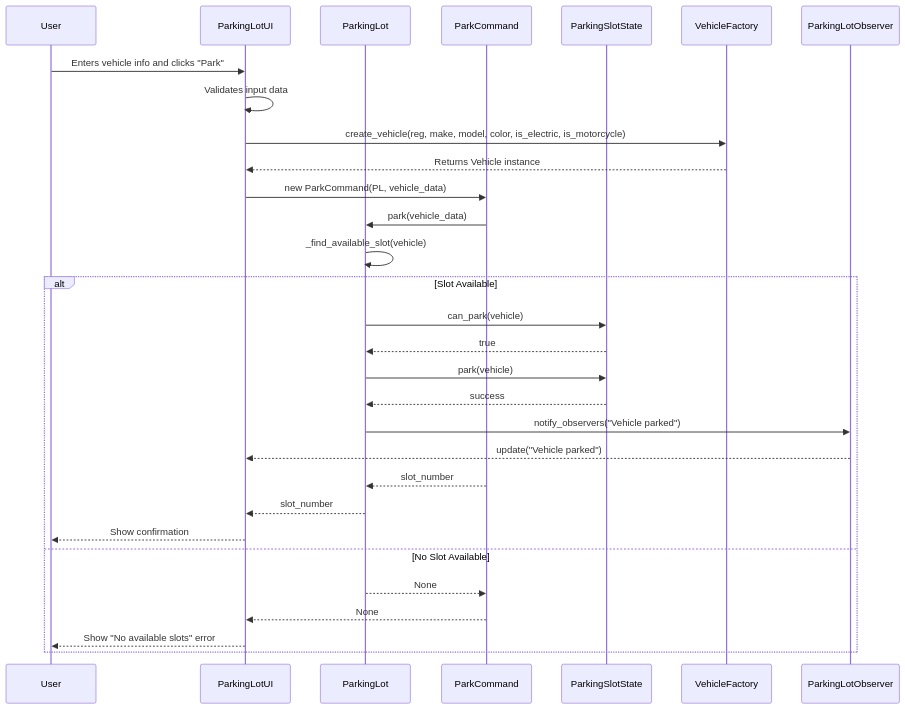
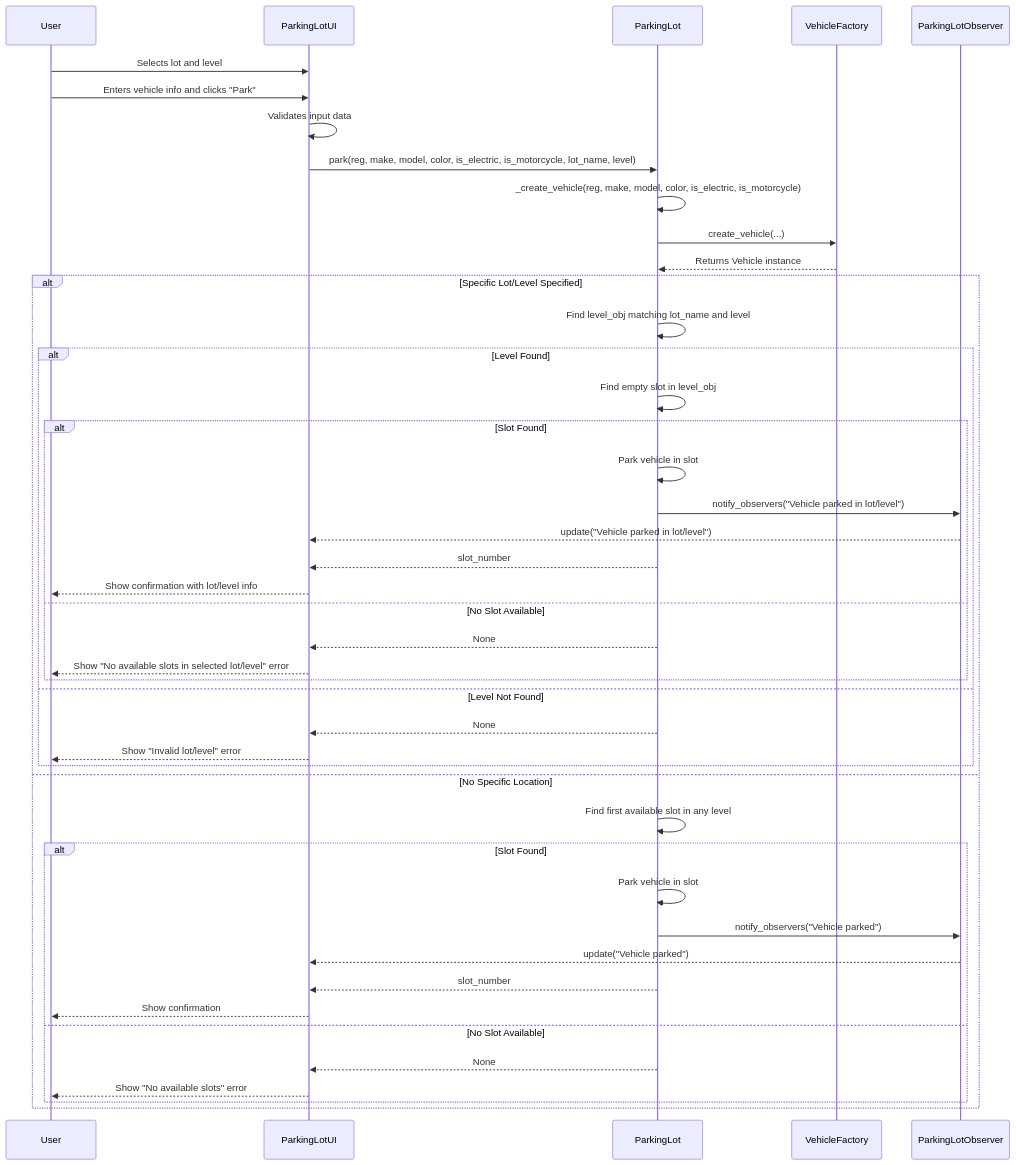
Before and after one commit to sethmcknight/quantic-msse-easy-park-plus: the diagram in src/implemented-diagrams/park-car-sequence.mmd, drawn with Mermaid. The commit also changed 2 other files, not shown here.

Commit message:
Add design patterns documentation and update UML diagrams
Introduced a new documentation file detailing the implementation of various design patterns including Command, Observer, Factory, State, Composite, Singleton, and DTOs. Enhanced UML class diagrams to reflect recent changes in the ParkingLot, ParkingLotLevel, and VehicleFactory classes. Updated sequence diagrams to illustrate the parking process with specific lot and level selection, improving clarity on system interactions and design structure.

```diff
--- a/src/implemented-diagrams/park-car-sequence.mmd
+++ b/src/implemented-diagrams/park-car-sequence.mmd
@@ -1,35 +1,48 @@
 sequenceDiagram
     participant User
     participant UI as ParkingLotUI
     participant PL as ParkingLot
-    participant Command as ParkCommand
-    participant State as ParkingSlotState
     participant Factory as VehicleFactory
     participant Observer as ParkingLotObserver
 
+    User->>UI: Selects lot and level
     User->>UI: Enters vehicle info and clicks "Park"
     UI->>UI: Validates input data
-    UI->>Factory: create_vehicle(reg, make, model, color, is_electric, is_motorcycle)
-    Factory-->>UI: Returns Vehicle instance
     
-    UI->>Command: new ParkCommand(PL, vehicle_data)
-    Command->>PL: park(vehicle_data)
+    UI->>PL: park(reg, make, model, color, is_electric, is_motorcycle, lot_name, level)
     
-    PL->>PL: _find_available_slot(vehicle)
-    alt Slot Available
-        PL->>State: can_park(vehicle)
-        State-->>PL: true
-        PL->>State: park(vehicle)
-        State-->>PL: success
-        
-        PL->>Observer: notify_observers("Vehicle parked")
-        Observer-->>UI: update("Vehicle parked")
-        
-        Command-->>PL: slot_number
-        PL-->>UI: slot_number
-        UI-->>User: Show confirmation
-    else No Slot Available
-        PL-->>Command: None
-        Command-->>UI: None
-        UI-->>User: Show "No available slots" error
+    PL->>PL: _create_vehicle(reg, make, model, color, is_electric, is_motorcycle)
+    PL->>Factory: create_vehicle(...)
+    Factory-->>PL: Returns Vehicle instance
+    
+    alt Specific Lot/Level Specified
+        PL->>PL: Find level_obj matching lot_name and level
+        alt Level Found
+            PL->>PL: Find empty slot in level_obj
+            alt Slot Found
+                PL->>PL: Park vehicle in slot
+                PL->>Observer: notify_observers("Vehicle parked in lot/level")
+                Observer-->>UI: update("Vehicle parked in lot/level")
+                PL-->>UI: slot_number
+                UI-->>User: Show confirmation with lot/level info
+            else No Slot Available
+                PL-->>UI: None
+                UI-->>User: Show "No available slots in selected lot/level" error
+            end
+        else Level Not Found
+            PL-->>UI: None
+            UI-->>User: Show "Invalid lot/level" error
+        end
+    else No Specific Location
+        PL->>PL: Find first available slot in any level
+        alt Slot Found
+            PL->>PL: Park vehicle in slot
+            PL->>Observer: notify_observers("Vehicle parked")
+            Observer-->>UI: update("Vehicle parked")
+            PL-->>UI: slot_number
+            UI-->>User: Show confirmation
+        else No Slot Available
+            PL-->>UI: None
+            UI-->>User: Show "No available slots" error
+        end
     end 
```
